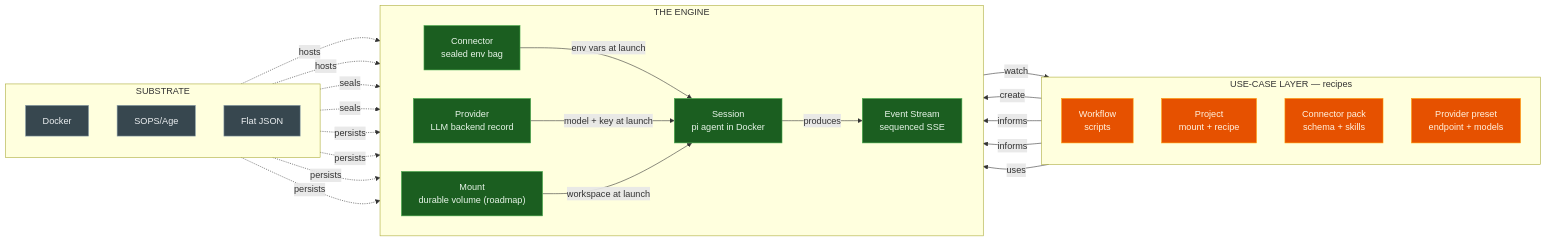
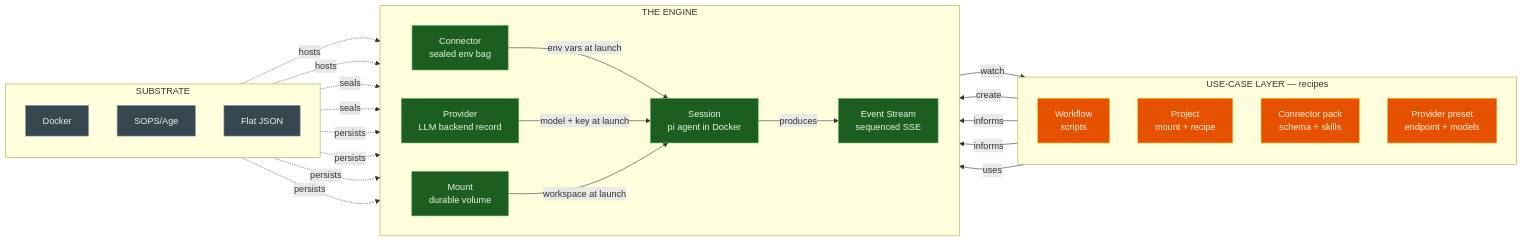
The third of 5 diagrams in docs/knowledge/architecture.md (marcoklein/agent-land), drawn with Mermaid before and after one commit. The commit also changed other lines of this file and 3 other files, not shown here.

````diff
--- a/docs/knowledge/architecture.md
+++ b/docs/knowledge/architecture.md
@@ -71,51 +71,51 @@
 ```mermaid
 graph LR
     subgraph usecase["USE-CASE LAYER — recipes"]
         direction TB
         workflow["Workflow<br/>scripts"]:::outside
         project["Project<br/>mount + recipe"]:::outside
         pack["Connector pack<br/>schema + skills"]:::outside
         preset["Provider preset<br/>endpoint + models"]:::outside
     end
 
     subgraph engine["THE ENGINE"]
         direction LR
         connector["Connector<br/>sealed env bag"]:::core
         provider["Provider<br/>LLM backend record"]:::core
-        mount["Mount<br/>durable volume (roadmap)"]:::core
+        mount["Mount<br/>durable volume"]:::core
         session["Session<br/>pi agent in Docker"]:::core
         events["Event Stream<br/>sequenced SSE"]:::core
     end
 
     subgraph substrate["SUBSTRATE"]
         direction TB
         docker["Docker"]:::substrate
         sops["SOPS/Age"]:::substrate
         json["Flat JSON"]:::substrate
     end
 
     connector -->|"env vars at launch"| session
     provider  -->|"model + key at launch"| session
     mount     -->|"workspace at launch"| session
     session   -->|"produces"| events
 
     events    -->|"watch"| workflow
     workflow  -->|"create"| session
 
     pack      -->|"informs"| connector
     preset    -->|"informs"| provider
     project   -->|"uses"| mount
 
     docker -.->|"hosts"| session
     docker -.->|"hosts"| mount
     sops   -.->|"seals"| connector
     sops   -.->|"seals"| provider
     json   -.->|"persists"| session
     json   -.->|"persists"| events
     json   -.->|"persists"| connector
     json   -.->|"persists"| provider
 
     classDef core fill:#1b5e20,stroke:#4caf50,color:#e8f5e9
     classDef substrate fill:#37474f,stroke:#90a4ae,color:#eceff1
     classDef outside fill:#e65100,stroke:#ff9800,color:#fff3e0
 ```
````
